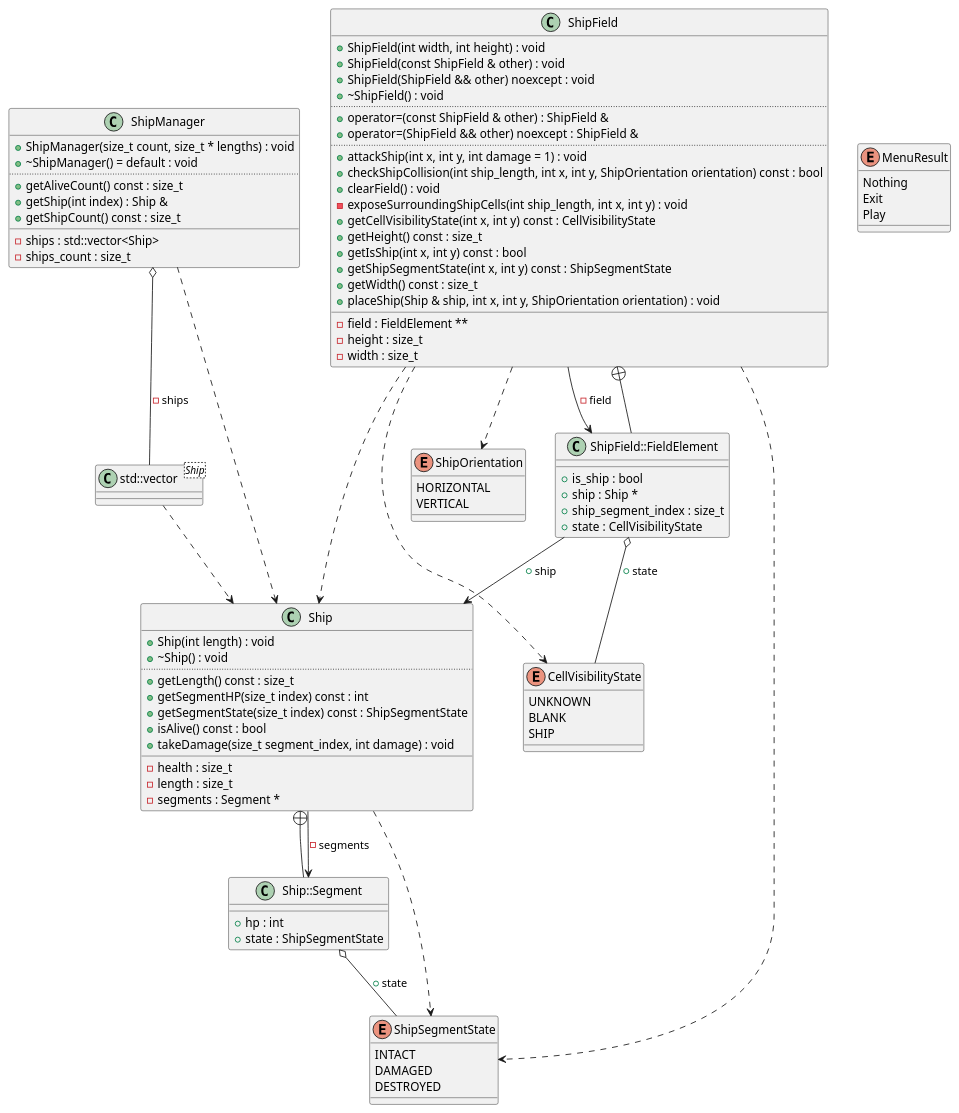
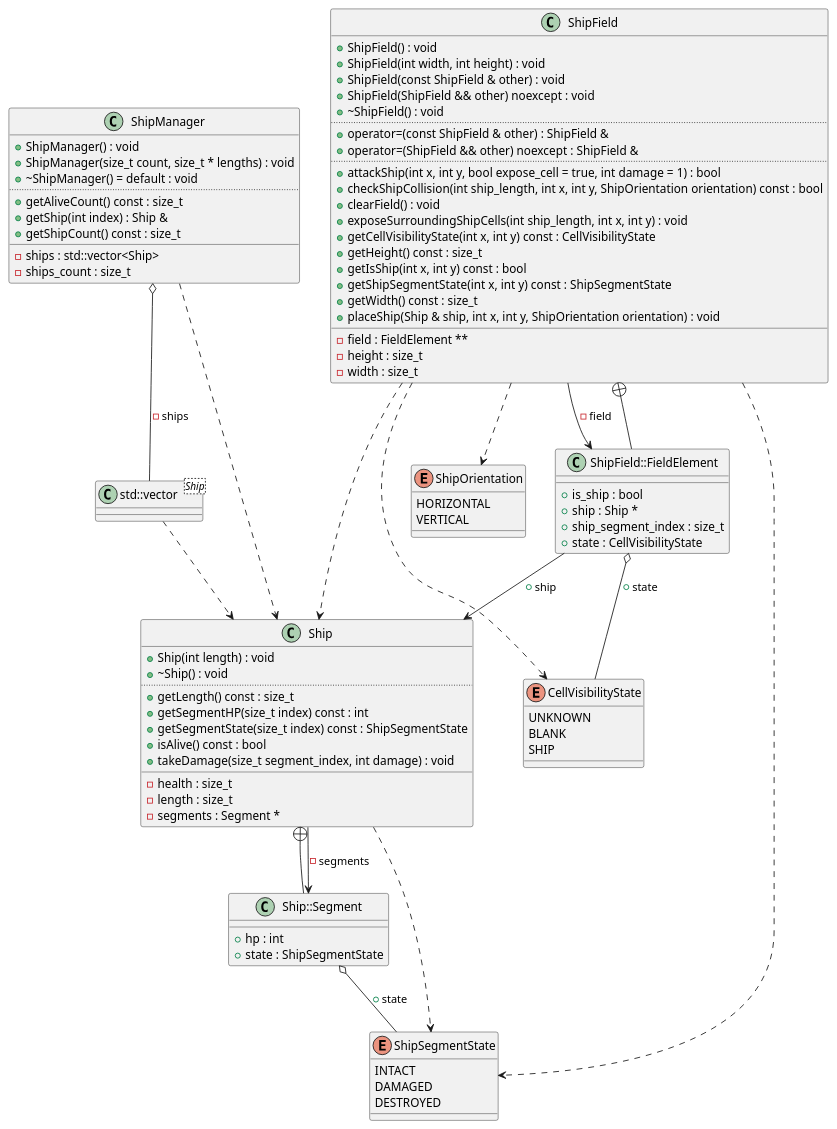
The diagram in diagrams/lb1.puml (Rennelv/ships), drawn with PlantUML before and after one commit. The commit also changed 32 other files, not shown here.

```diff
--- a/diagrams/lb1.puml
+++ b/diagrams/lb1.puml
@@ -1,113 +1,109 @@
 @startuml
 class "std::vector<Ship>" as C_0010668212532447068380
 class C_0010668212532447068380 {
 __
 }
 enum "ShipSegmentState" as C_0014256742677139282670
 enum C_0014256742677139282670 {
 INTACT
 DAMAGED
 DESTROYED
 }
 enum "ShipOrientation" as C_0002579181642537833876
 enum C_0002579181642537833876 {
 HORIZONTAL
 VERTICAL
 }
 enum "CellVisibilityState" as C_0003333043679234439357
 enum C_0003333043679234439357 {
 UNKNOWN
 BLANK
 SHIP
-}
-enum "MenuResult" as C_0000336692914646176741
-enum C_0000336692914646176741 {
-Nothing
-Exit
-Play
 }
 class "Ship" as C_0014529657433315016423
 class C_0014529657433315016423 {
 +Ship(int length) : void
 +~Ship() : void
 ..
 +getLength() const : size_t
 +getSegmentHP(size_t index) const : int
 +getSegmentState(size_t index) const : ShipSegmentState
 +isAlive() const : bool
 +takeDamage(size_t segment_index, int damage) : void
 __
 -health : size_t
 -length : size_t
 -segments : Segment *
 }
 class "Ship::Segment" as C_0000674658759292391449
 class C_0000674658759292391449 {
 __
 +hp : int
 +state : ShipSegmentState
 }
 class "ShipField" as C_0003843296779074973901
 class C_0003843296779074973901 {
++ShipField() : void
 +ShipField(int width, int height) : void
 +ShipField(const ShipField & other) : void
 +ShipField(ShipField && other) noexcept : void
 +~ShipField() : void
 ..
 +operator=(const ShipField & other) : ShipField &
 +operator=(ShipField && other) noexcept : ShipField &
 ..
-+attackShip(int x, int y, int damage = 1) : void
++attackShip(int x, int y, bool expose_cell = true, int damage = 1) : bool
 +checkShipCollision(int ship_length, int x, int y, ShipOrientation orientation) const : bool
 +clearField() : void
--exposeSurroundingShipCells(int ship_length, int x, int y) : void
++exposeSurroundingShipCells(int ship_length, int x, int y) : void
 +getCellVisibilityState(int x, int y) const : CellVisibilityState
 +getHeight() const : size_t
 +getIsShip(int x, int y) const : bool
 +getShipSegmentState(int x, int y) const : ShipSegmentState
 +getWidth() const : size_t
 +placeShip(Ship & ship, int x, int y, ShipOrientation orientation) : void
 __
 -field : FieldElement **
 -height : size_t
 -width : size_t
 }
 class "ShipField::FieldElement" as C_0000316359785794417378
 class C_0000316359785794417378 {
 __
 +is_ship : bool
 +ship : Ship *
 +ship_segment_index : size_t
 +state : CellVisibilityState
 }
 class "ShipManager" as C_0017499122254539489506
 class C_0017499122254539489506 {
++ShipManager() : void
 +ShipManager(size_t count, size_t * lengths) : void
 +~ShipManager() = default : void
 ..
 +getAliveCount() const : size_t
 +getShip(int index) : Ship &
 +getShipCount() const : size_t
 __
 -ships : std::vector<Ship>
 -ships_count : size_t
 }
 C_0010668212532447068380 ..> C_0014529657433315016423
 C_0014529657433315016423 ..> C_0014256742677139282670
 C_0014529657433315016423 --> C_0000674658759292391449 : -segments
 C_0000674658759292391449 --+ C_0014529657433315016423
 C_0000674658759292391449 o-- C_0014256742677139282670 : +state
 C_0003843296779074973901 ..> C_0002579181642537833876
 C_0003843296779074973901 ..> C_0003333043679234439357
 C_0003843296779074973901 ..> C_0014256742677139282670
 C_0003843296779074973901 ..> C_0014529657433315016423
 C_0003843296779074973901 --> C_0000316359785794417378 : -field
 C_0000316359785794417378 --+ C_0003843296779074973901
 C_0000316359785794417378 o-- C_0003333043679234439357 : +state
 C_0000316359785794417378 --> C_0014529657433315016423 : +ship
 C_0017499122254539489506 ..> C_0014529657433315016423
 C_0017499122254539489506 o-- C_0010668212532447068380 : -ships
 
 'Generated with clang-uml, version 0.5.5
 'LLVM version clang version 18.1.8
 @enduml
```
